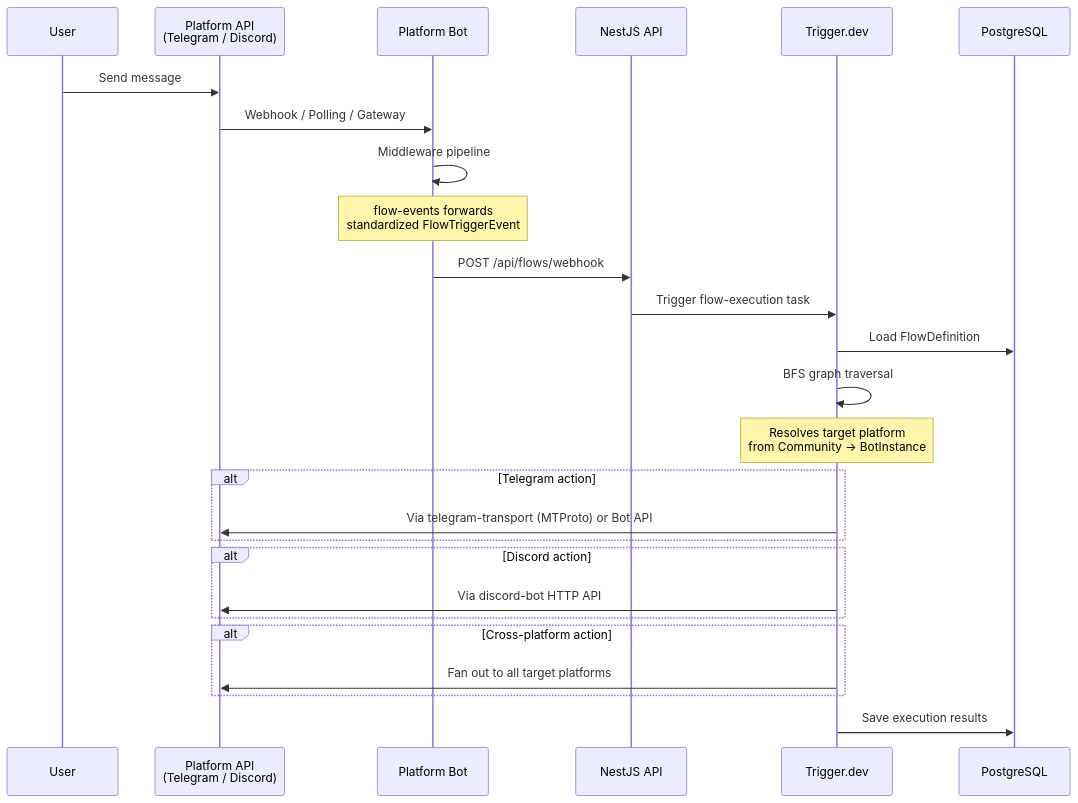
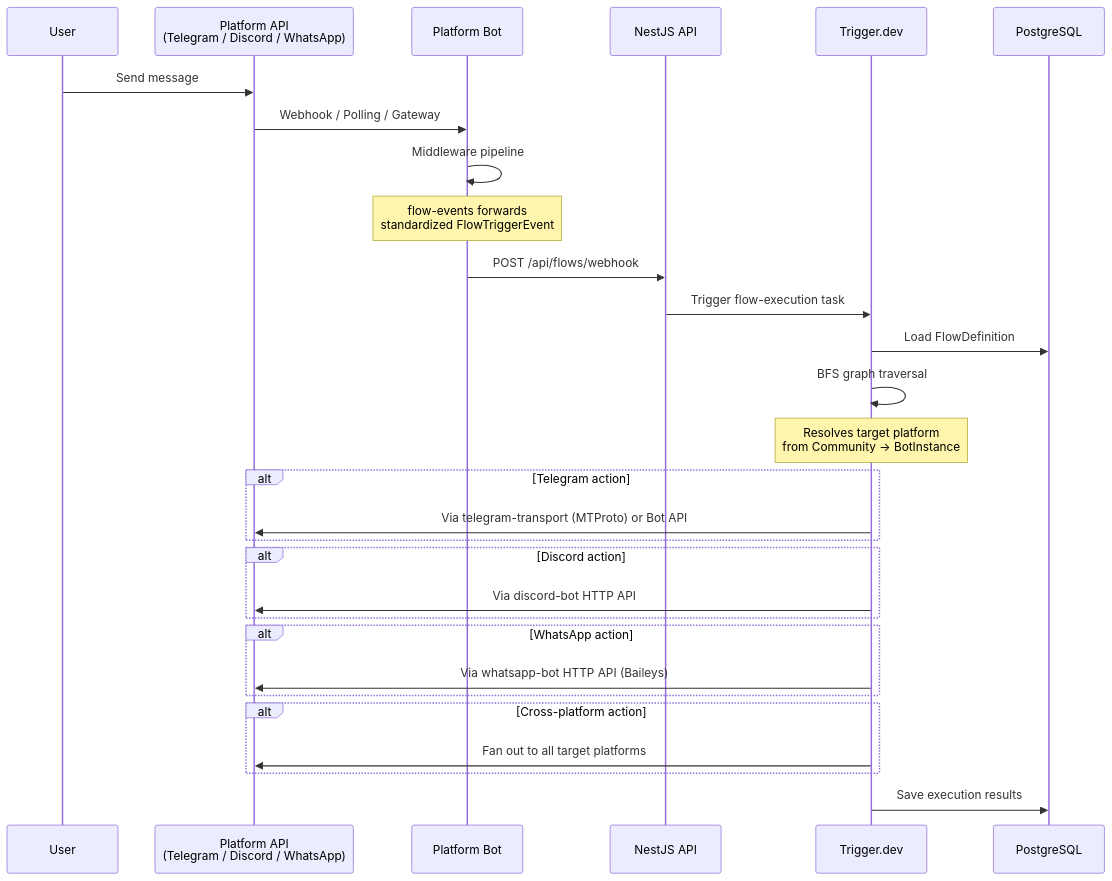
The third of 7 diagrams in README.md (kolezka/flowbot), drawn with Mermaid before and after one commit. The commit also changed other lines of this file and 1 other file, not shown here.

First line of the commit message:
docs: update README and CLAUDE.md with WhatsApp integration

````diff
--- a/README.md
+++ b/README.md
@@ -131,32 +144,35 @@
 ```mermaid
 sequenceDiagram
     participant U as User
-    participant P as Platform API<br/>(Telegram / Discord)
+    participant P as Platform API<br/>(Telegram / Discord / WhatsApp)
     participant BOT as Platform Bot
     participant API as NestJS API
     participant TR as Trigger.dev
     participant DB as PostgreSQL
 
     U->>P: Send message
     P->>BOT: Webhook / Polling / Gateway
     BOT->>BOT: Middleware pipeline
     Note over BOT: flow-events forwards<br/>standardized FlowTriggerEvent
 
     BOT->>API: POST /api/flows/webhook
     API->>TR: Trigger flow-execution task
     TR->>DB: Load FlowDefinition
     TR->>TR: BFS graph traversal
     Note over TR: Resolves target platform<br/>from Community → BotInstance
 
     alt Telegram action
         TR->>P: Via telegram-transport (MTProto) or Bot API
     end
     alt Discord action
         TR->>P: Via discord-bot HTTP API
     end
+    alt WhatsApp action
+        TR->>P: Via whatsapp-bot HTTP API (Baileys)
+    end
     alt Cross-platform action
         TR->>P: Fan out to all target platforms
     end
 
     TR->>DB: Save execution results
 ```
````
